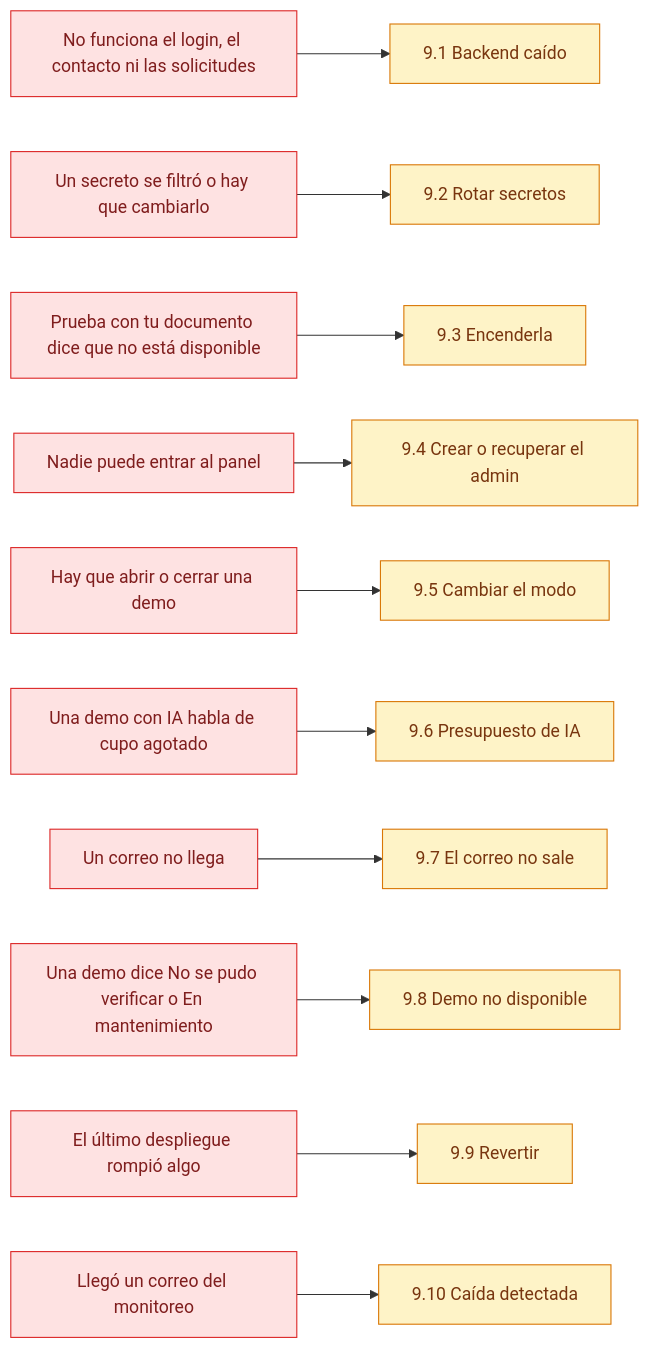
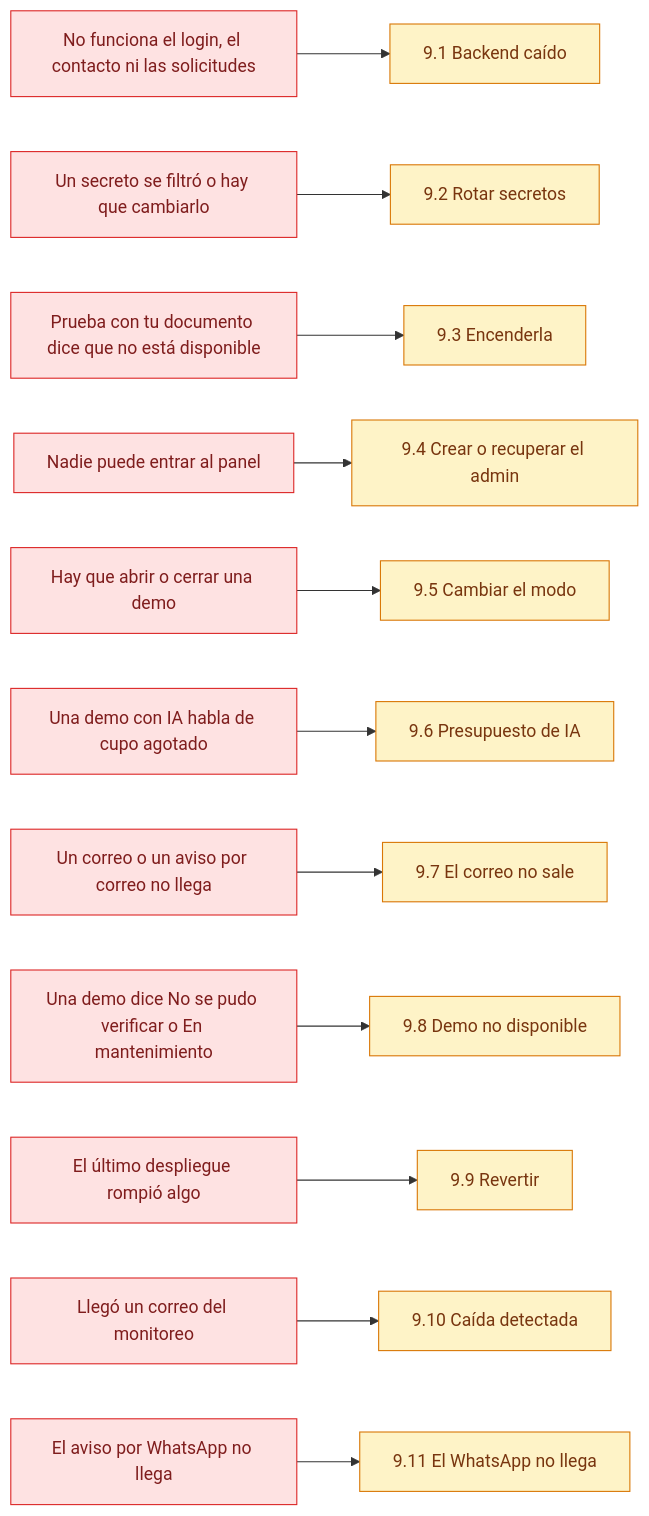
The ninth of 11 diagrams in docs/wiki/Doc-11-Operacion-y-Despliegue.md (ronalc90/koptup), drawn with Mermaid before and after one commit. The commit also changed other lines of this file and 45 other files, not shown here.

First line of the commit message:
docs(avisos): configuración de Resend y de la plantilla de WhatsApp, operación y wiki

````diff
--- a/docs/wiki/Doc-11-Operacion-y-Despliegue.md
+++ b/docs/wiki/Doc-11-Operacion-y-Despliegue.md
@@ -609,16 +770,17 @@
 ```mermaid
 flowchart LR
     classDef error fill:#fee2e2,stroke:#dc2626,color:#7f1d1d
     classDef admin fill:#fef3c7,stroke:#d97706,color:#78350f
 
     S1["No funciona el login, el contacto ni las solicitudes"]:::error --> R1["9.1 Backend caído"]:::admin
     S2["Un secreto se filtró o hay que cambiarlo"]:::error --> R2["9.2 Rotar secretos"]:::admin
     S3["Prueba con tu documento dice que no está disponible"]:::error --> R3["9.3 Encenderla"]:::admin
     S4["Nadie puede entrar al panel"]:::error --> R4["9.4 Crear o recuperar el admin"]:::admin
     S5["Hay que abrir o cerrar una demo"]:::error --> R5["9.5 Cambiar el modo"]:::admin
     S6["Una demo con IA habla de cupo agotado"]:::error --> R6["9.6 Presupuesto de IA"]:::admin
-    S7["Un correo no llega"]:::error --> R7["9.7 El correo no sale"]:::admin
+    S7["Un correo o un aviso por correo no llega"]:::error --> R7["9.7 El correo no sale"]:::admin
     S8["Una demo dice No se pudo verificar o En mantenimiento"]:::error --> R8["9.8 Demo no disponible"]:::admin
     S9["El último despliegue rompió algo"]:::error --> R9["9.9 Revertir"]:::admin
     S10["Llegó un correo del monitoreo"]:::error --> R10["9.10 Caída detectada"]:::admin
+    S11["El aviso por WhatsApp no llega"]:::error --> R11["9.11 El WhatsApp no llega"]:::admin
 ```
````
